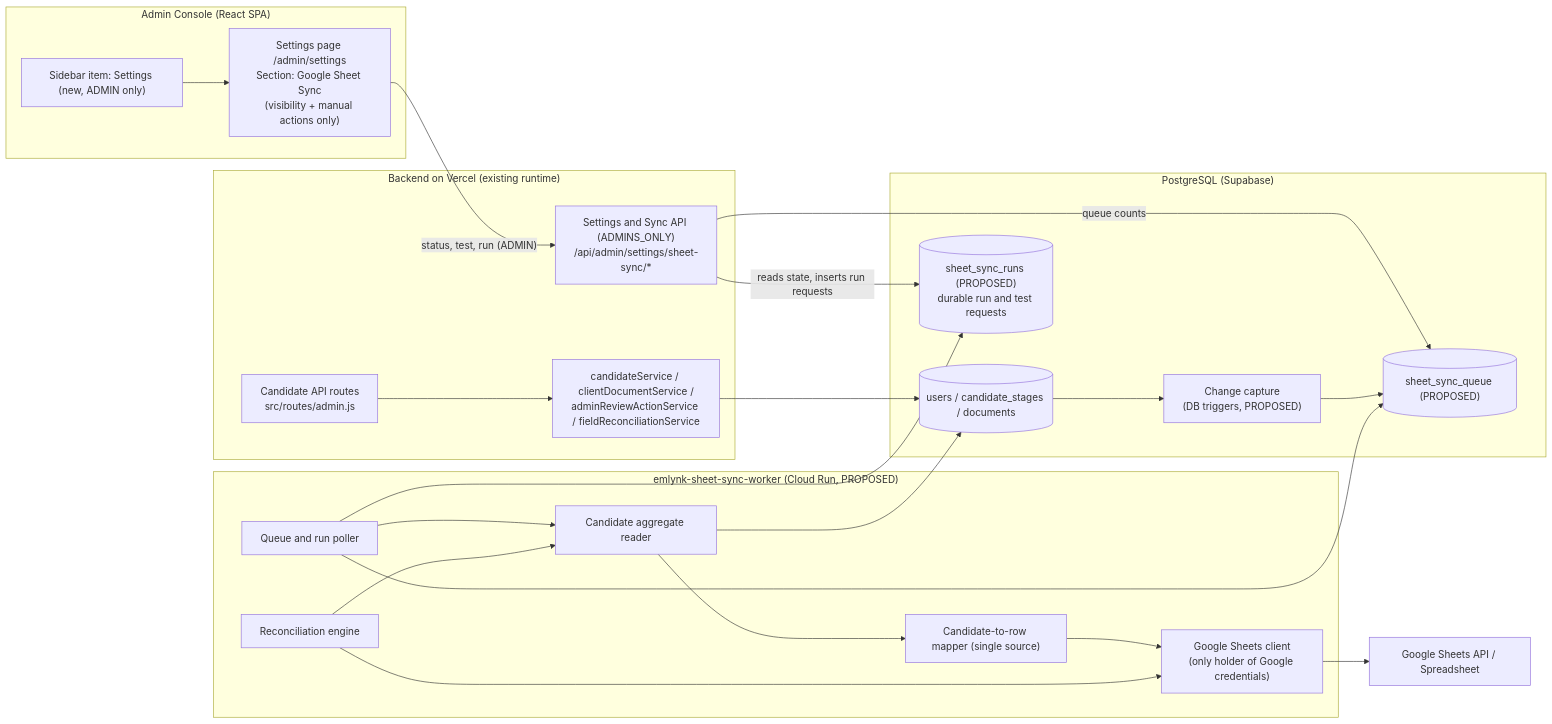
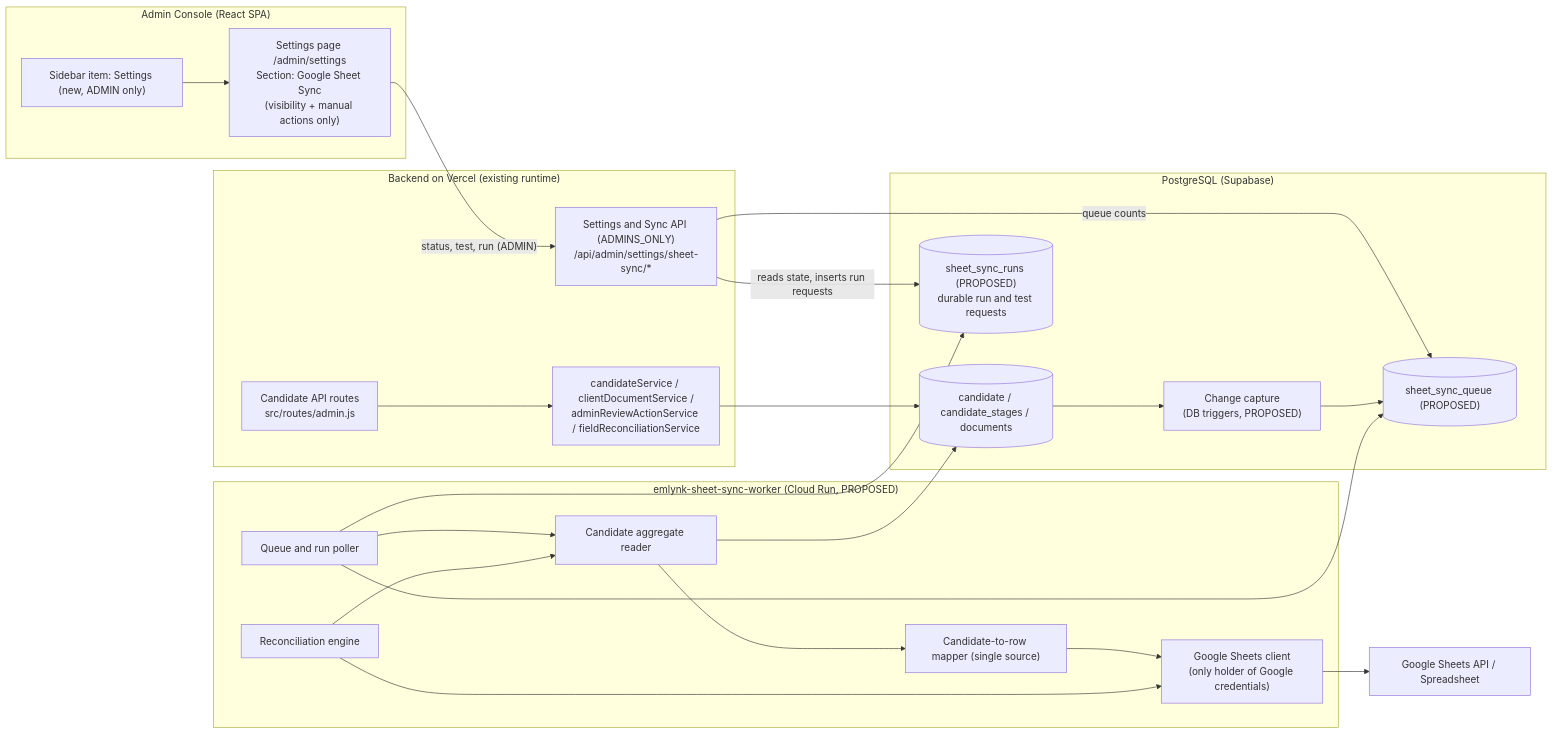
The second of 11 diagrams in Docs/GOOGLE_SHEET_CANDIDATE_SYNC_ARCHITECTURE.md (emlynk-pixel/EmlynkWABot), drawn with Mermaid before and after one commit. The commit also changed other lines of this file and 6 other files, not shown here.

````diff
--- a/Docs/GOOGLE_SHEET_CANDIDATE_SYNC_ARCHITECTURE.md
+++ b/Docs/GOOGLE_SHEET_CANDIDATE_SYNC_ARCHITECTURE.md
@@ -241,46 +243,46 @@
 ```mermaid
 flowchart LR
     subgraph AdminUI ["Admin Console (React SPA)"]
         SettingsNav["Sidebar item: Settings (new, ADMIN only)"]
         SettingsPage["Settings page /admin/settings<br/>Section: Google Sheet Sync<br/>(visibility + manual actions only)"]
     end
 
     subgraph VercelBackend ["Backend on Vercel (existing runtime)"]
         SettingsAPI["Settings and Sync API (ADMINS_ONLY)<br/>/api/admin/settings/sheet-sync/*"]
         CandAPI["Candidate API routes<br/>src/routes/admin.js"]
         CandService["candidateService / clientDocumentService /<br/>adminReviewActionService / fieldReconciliationService"]
     end
 
     subgraph DBLayer ["PostgreSQL (Supabase)"]
-        Tables[("users / candidate_stages / documents")]
+        Tables[("candidate / candidate_stages / documents")]
         Capture["Change capture<br/>(DB triggers, PROPOSED)"]
         Queue[("sheet_sync_queue (PROPOSED)")]
         Runs[("sheet_sync_runs (PROPOSED)<br/>durable run and test requests")]
     end
 
     subgraph SyncSubsystem ["emlynk-sheet-sync-worker (Cloud Run, PROPOSED)"]
         Poller["Queue and run poller"]
         Reader["Candidate aggregate reader"]
         Mapper["Candidate-to-row mapper (single source)"]
         Recon["Reconciliation engine"]
         GClient["Google Sheets client<br/>(only holder of Google credentials)"]
     end
 
     Google["Google Sheets API / Spreadsheet"]
 
     SettingsNav --> SettingsPage
     SettingsPage -->|"status, test, run (ADMIN)"| SettingsAPI
     SettingsAPI -->|"reads state, inserts run requests"| Runs
     SettingsAPI -->|"queue counts"| Queue
 
     CandAPI --> CandService --> Tables
     Tables --> Capture --> Queue
 
     Poller --> Queue
     Poller --> Runs
     Poller --> Reader --> Tables
     Reader --> Mapper --> GClient
     Recon --> Reader
     Recon --> GClient
     GClient --> Google
 ```
````
